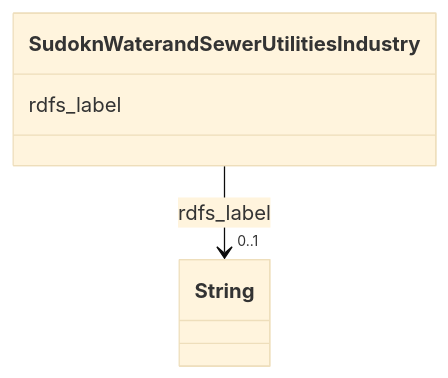
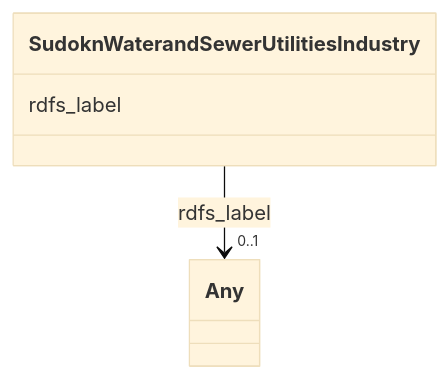
The diagram in sudokn-kg/classes/SudoknWaterandSewerUtilitiesIndustry.md (frink-okn/graph-descriptions), drawn with Mermaid (base theme) before and after one commit. The commit also changed other lines of this file and 903 other files, not shown here.

````diff
--- a/sudokn-kg/classes/SudoknWaterandSewerUtilitiesIndustry.md
+++ b/sudokn-kg/classes/SudoknWaterandSewerUtilitiesIndustry.md
@@ -23,15 +18,15 @@
 ```mermaid
  classDiagram
     class SudoknWaterandSewerUtilitiesIndustry
     click SudoknWaterandSewerUtilitiesIndustry href "../SudoknWaterandSewerUtilitiesIndustry"
       SudoknWaterandSewerUtilitiesIndustry : rdfs_label
         
           
     
     
-    SudoknWaterandSewerUtilitiesIndustry --> "0..1" String : rdfs_label
-    click String href "../String"
+    SudoknWaterandSewerUtilitiesIndustry --> "0..1" Any : rdfs_label
+    click Any href "../Any"
 
         
       
 ```
````
